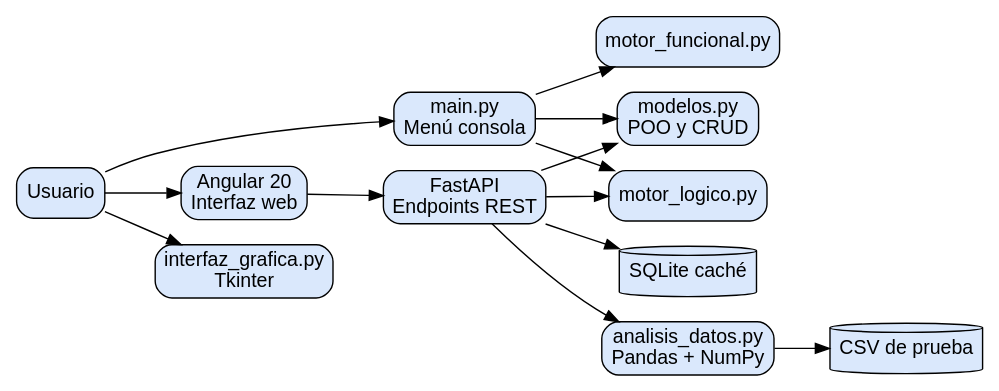
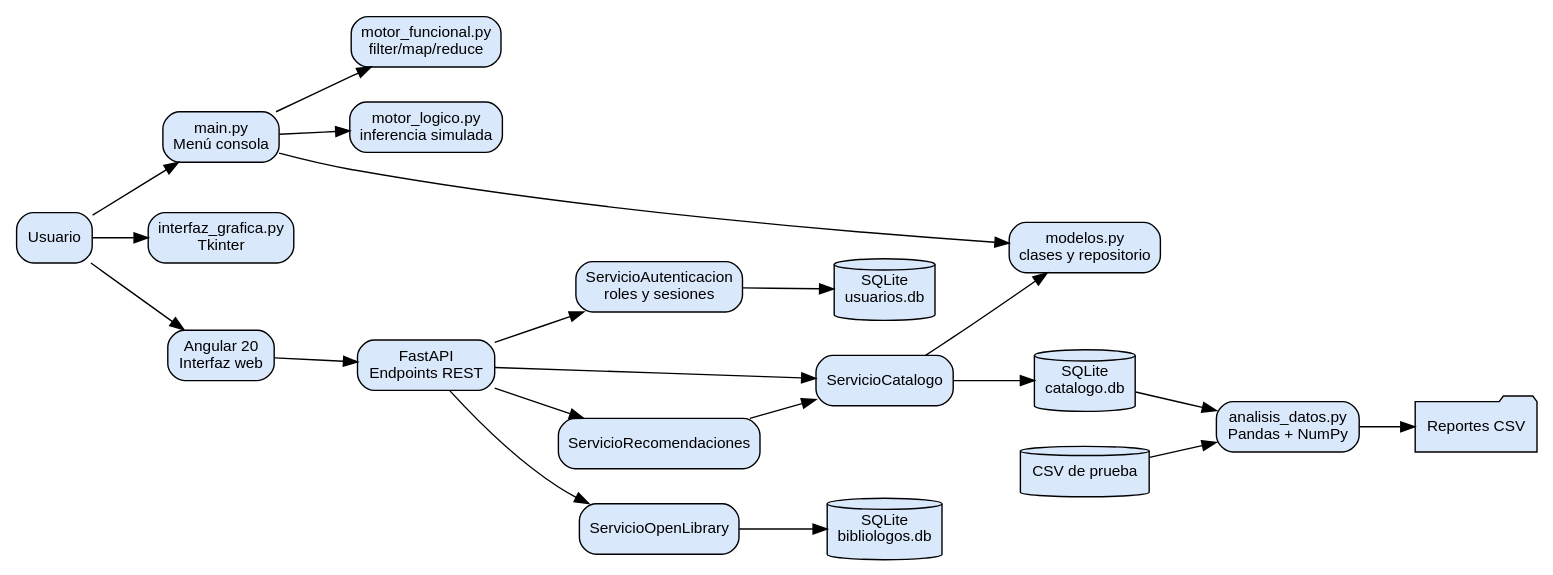
The diagram in entregables/diagramas/arquitectura_general.dot (Jupiloy/biblilogos), drawn with Graphviz before and after one commit. The commit also changed 30 other files, not shown here.

```diff
--- a/entregables/diagramas/arquitectura_general.dot
+++ b/entregables/diagramas/arquitectura_general.dot
@@ -1,20 +1,30 @@
 
 digraph G {
-  rankdir=LR; graph [bgcolor="white"]; node [shape=box, style="rounded,filled", fillcolor="#DAE8FC", fontname="Arial"];
+  rankdir=LR; graph [bgcolor="white", ranksep="0.55", nodesep="0.35"]; node [shape=box, style="rounded,filled", fillcolor="#DAE8FC", fontname="Arial", fontsize=11];
   Usuario [label="Usuario"];
   Consola [label="main.py\nMenú consola"];
   GUI [label="interfaz_grafica.py\nTkinter"];
   Angular [label="Angular 20\nInterfaz web"];
   API [label="FastAPI\nEndpoints REST"];
-  Funcional [label="motor_funcional.py"];
-  Logico [label="motor_logico.py"];
-  POO [label="modelos.py\nPOO y CRUD"];
+  Auth [label="ServicioAutenticacion\nroles y sesiones"];
+  UsuariosDB [shape=cylinder, label="SQLite\nusuarios.db"];
+  Catalogo [label="ServicioCatalogo"];
+  CatalogoDB [shape=cylinder, label="SQLite\ncatalogo.db"];
+  OpenLibrary [label="ServicioOpenLibrary"];
+  Recomendador [label="ServicioRecomendaciones"];
+  Cache [shape=cylinder, label="SQLite\nbibliologos.db"];
+  Funcional [label="motor_funcional.py\nfilter/map/reduce"];
+  Logico [label="motor_logico.py\ninferencia simulada"];
+  POO [label="modelos.py\nclases y repositorio"];
   Datos [label="analisis_datos.py\nPandas + NumPy"];
   CSV [shape=cylinder, label="CSV de prueba"];
-  Cache [shape=cylinder, label="SQLite caché"];
+  Reportes [shape=folder, label="Reportes CSV"];
   Usuario -> Consola; Usuario -> GUI; Usuario -> Angular;
   Consola -> Funcional; Consola -> Logico; Consola -> POO;
   Angular -> API;
-  API -> POO; API -> Logico; API -> Datos;
-  Datos -> CSV; API -> Cache;
+  API -> Auth; Auth -> UsuariosDB;
+  API -> Catalogo; Catalogo -> POO; Catalogo -> CatalogoDB;
+  API -> OpenLibrary; OpenLibrary -> Cache;
+  API -> Recomendador; Recomendador -> Catalogo;
+  CatalogoDB -> Datos; CSV -> Datos; Datos -> Reportes;
 }
```
